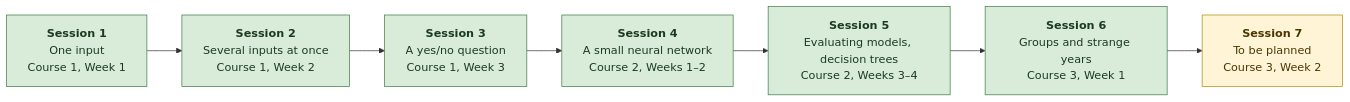
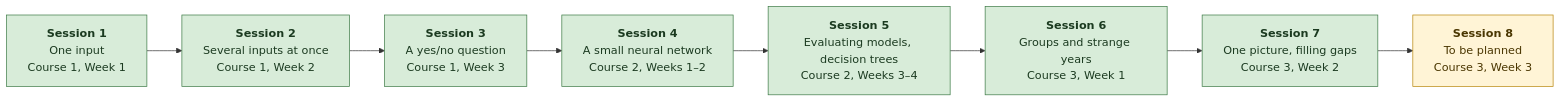
The first of 2 diagrams in PROGRESS.md (penelopemichou/austerity-ml), drawn with Mermaid before and after one commit. The commit also changed other lines of this file and 6 other files, not shown here.

````diff
--- a/PROGRESS.md
+++ b/PROGRESS.md
@@ -13,7 +13,7 @@
 ```mermaid
 flowchart LR
-    S1["<b>Session 1</b><br/>One input<br/>Course 1, Week 1"]:::done --> S2["<b>Session 2</b><br/>Several inputs at once<br/>Course 1, Week 2"]:::done --> S3["<b>Session 3</b><br/>A yes/no question<br/>Course 1, Week 3"]:::done --> S4["<b>Session 4</b><br/>A small neural network<br/>Course 2, Weeks 1–2"]:::done --> S5["<b>Session 5</b><br/>Evaluating models, decision trees<br/>Course 2, Weeks 3–4"]:::done --> S6["<b>Session 6</b><br/>Groups and strange years<br/>Course 3, Week 1"]:::done --> S7["<b>Session 7</b><br/>To be planned<br/>Course 3, Week 2"]:::next
+    S1["<b>Session 1</b><br/>One input<br/>Course 1, Week 1"]:::done --> S2["<b>Session 2</b><br/>Several inputs at once<br/>Course 1, Week 2"]:::done --> S3["<b>Session 3</b><br/>A yes/no question<br/>Course 1, Week 3"]:::done --> S4["<b>Session 4</b><br/>A small neural network<br/>Course 2, Weeks 1–2"]:::done --> S5["<b>Session 5</b><br/>Evaluating models, decision trees<br/>Course 2, Weeks 3–4"]:::done --> S6["<b>Session 6</b><br/>Groups and strange years<br/>Course 3, Week 1"]:::done --> S7["<b>Session 7</b><br/>One picture, filling gaps<br/>Course 3, Week 2"]:::done --> S8["<b>Session 8</b><br/>To be planned<br/>Course 3, Week 3"]:::next
     classDef done fill:#d8ecd9,stroke:#3c7a45,color:#1b3a20
     classDef next fill:#fff4d6,stroke:#b8860b,color:#4a3600
     classDef later fill:#eeeeee,stroke:#999999,color:#555555
 ```
````
